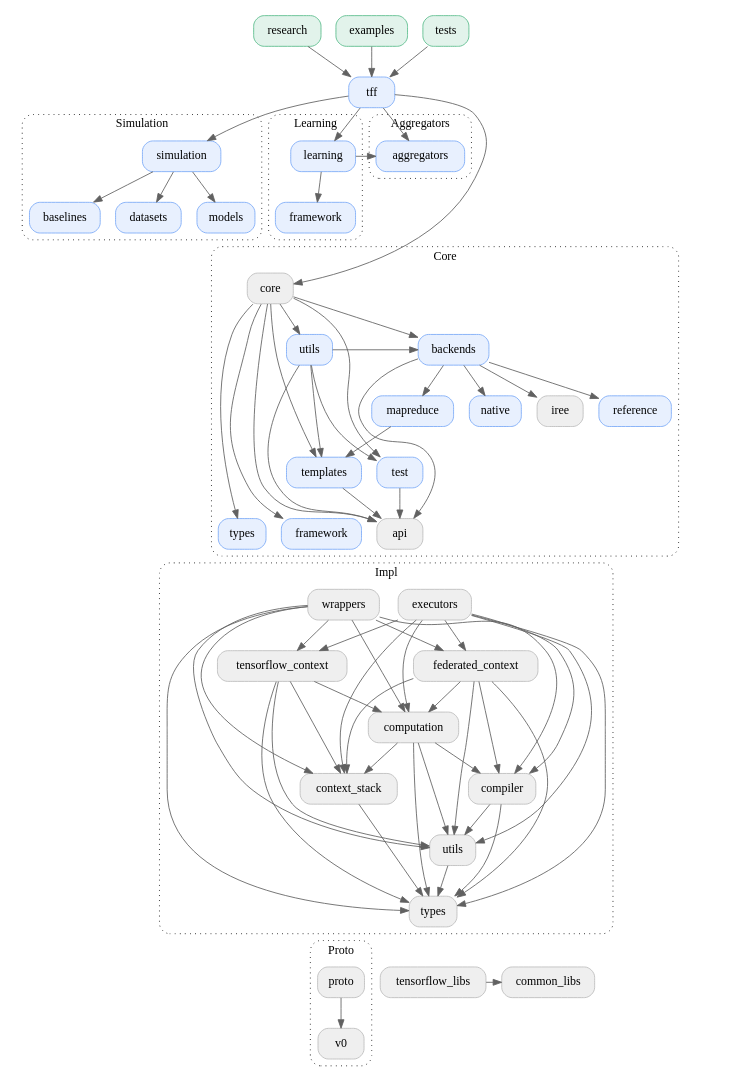
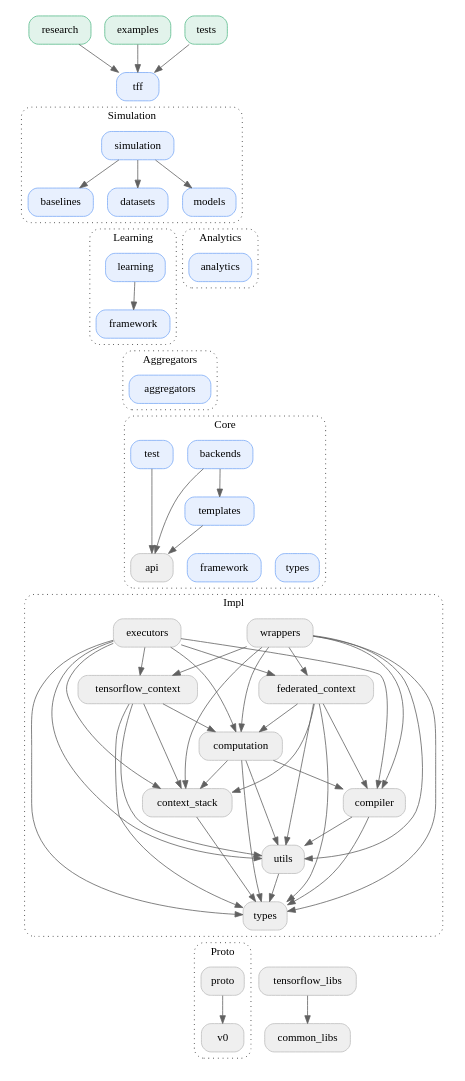
The diagram in docs/design/package_structure.dot (google-parfait/tensorflow-federated), drawn with Graphviz before and after one commit. The commit also changed 10 other files, not shown here.

```diff
--- a/docs/design/package_structure.dot
+++ b/docs/design/package_structure.dot
@@ -1,192 +1,165 @@
 digraph {
   graph [style="dotted,rounded", size="9 100"]
   node [shape="box", style="rounded,filled", fillcolor="#efefef", color="#bdbdbd"]
   edge [color="#616161"]
   newrank=true
 
   // Using TFF
   research -> tff
   examples -> tff
   tests -> tff
 
   research [href="#research" target="_parent", fillcolor="#E2F3EB", color="#57BB8A"]
   examples [href="#examples" target="_parent", fillcolor="#E2F3EB", color="#57BB8A"]
   tests [href="#tests" target="_parent", fillcolor="#E2F3EB", color="#57BB8A"]
 
   // TFF
-  tff -> simulation
-  tff -> learning
-  tff -> aggregators
-  tff -> core
+  tff -> simulation [arrowhead="none", style="invisible"]
 
   tff [href="#tff" target="_parent", fillcolor="#E8F0FE", color="#7BAAF7"]
 
   // TFF Simulation
   simulation -> simulation_baselines
   simulation -> simulation_datasets
   simulation -> simulation_models
-  simulation_baselines -> core [arrowhead="none", style="invisible"]
-  simulation_datasets -> core [arrowhead="none", style="invisible"]
-  simulation_models -> core [arrowhead="none", style="invisible"]
+  simulation_datasets -> learning [arrowhead="none", style="invisible"]
+  simulation_datasets -> analytics [arrowhead="none", style="invisible"]
 
   subgraph cluster_simulation {
     graph [label="Simulation", href="#tff-simulation" target="_parent"]
     simulation [href="#tff-simulation" target="_parent", fillcolor="#E8F0FE", color="#7BAAF7"]
     simulation_baselines [label="baselines", href="#tff-simulation" target="_parent", fillcolor="#E8F0FE", color="#7BAAF7"]
     simulation_datasets [label="datasets", href="#tff-simulation" target="_parent", fillcolor="#E8F0FE", color="#7BAAF7"]
     simulation_models [label="models", href="#tff-simulation" target="_parent", fillcolor="#E8F0FE", color="#7BAAF7"]
   }
 
   // TFF Learning
   learning -> learning_framework
-  learning_framework -> core [arrowhead="none", style="invisible"]
+  learning_framework -> aggregators [arrowhead="none", style="invisible"]
 
   subgraph cluster_learning {
     graph [label="Learning", href="#tff-learning" target="_parent"]
     learning [href="#tff-learning" target="_parent", fillcolor="#E8F0FE", color="#7BAAF7"]
     learning_framework [label="framework", href="#tff-learning" target="_parent", fillcolor="#E8F0FE", color="#7BAAF7"]
   }
 
+  // TFF Analytics
+  analytics -> aggregators [arrowhead="none", style="invisible"]
+
+  subgraph cluster_analytics {
+    graph [label="Analytics", href="#tff-analytics" target="_parent"]
+    analytics [href="#tff-analytics" target="_parent", fillcolor="#E8F0FE", color="#7BAAF7"]
+  }
+
   // TFF Aggregators
-  learning -> aggregators
-  aggregators -> core [arrowhead="none", style="invisible"]
+  aggregators -> core_backends [arrowhead="none", style="invisible"]
+  aggregators -> core_test [arrowhead="none", style="invisible"]
 
   subgraph cluster_aggregators {
     graph [label="Aggregators", href="#tff-aggregators" target="_parent"]
     aggregators [href="#tff-learning" target="_parent", fillcolor="#E8F0FE", color="#7BAAF7"]
   }
 
   // TFF Core
-  core -> core_utils
-  core -> core_backends
-  core -> core_templates
-  core -> core_test
-  core -> core_api
-  core -> core_framework
-  core -> core_types
-  core_utils -> core_backends
-  core_utils -> core_templates
-  core_utils -> core_test
-  core_utils -> core_api
-  core_utils -> impl [arrowhead="none", style="invisible"]
-  core_backends -> core_backends_native
-  core_backends -> core_backends_mapreduce
-  core_backends -> core_backends_iree
-  core_backends -> core_backends_reference
   core_backends -> core_api
-  core_backends -> impl [arrowhead="none", style="invisible"]
-  core_backends_native -> impl [arrowhead="none", style="invisible"]
-  core_backends_mapreduce -> core_templates
-  core_backends_mapreduce -> impl [arrowhead="none", style="invisible"]
-  core_backends_iree -> impl [arrowhead="none", style="invisible"]
-  core_backends_reference -> impl [arrowhead="none", style="invisible"]
+  core_backends -> core_templates
   core_templates -> core_api
-  core_templates -> impl [arrowhead="none", style="invisible"]
   core_test -> core_api
-  core_test -> impl [arrowhead="none", style="invisible"]
-  core_framework -> impl [arrowhead="none", style="invisible"]
-  core_types -> impl [arrowhead="none", style="invisible"]
+  core_api -> core_framework [arrowhead="none", style="invisible"]
+  core_framework -> core_types [arrowhead="none", style="invisible"]
 
   subgraph cluster_core {
     graph [label="Core", href="#tff-core" target="_parent"]
-    core [href="#tff-core" target="_parent"]
-    core_utils [label="utils", href="#tff-core" target="_parent", fillcolor="#E8F0FE", color="#7BAAF7"]
     core_backends [label="backends", href="#tff-core" target="_parent", fillcolor="#E8F0FE", color="#7BAAF7"]
-    core_backends_native [label="native", href="#tff-core" target="_parent", fillcolor="#E8F0FE", color="#7BAAF7"]
-    core_backends_mapreduce [label="mapreduce", href="#tff-core" target="_parent", fillcolor="#E8F0FE", color="#7BAAF7"]
-    core_backends_iree [label="iree", href="#tff-core" target="_parent"]
-    core_backends_reference [label="reference", href="#tff-core" target="_parent", fillcolor="#E8F0FE", color="#7BAAF7"]
     core_templates [label="templates", href="#tff-core" target="_parent", fillcolor="#E8F0FE", color="#7BAAF7"]
     core_test [label="test", href="#tff-core" target="_parent", fillcolor="#E8F0FE", color="#7BAAF7"]
     core_api [label="api", href="#tff-core" target="_parent"]
     core_framework [label="framework", href="#tff-core" target="_parent", fillcolor="#E8F0FE", color="#7BAAF7"]
     core_types [label="types", href="#tff-types" target="_parent", fillcolor="#E8F0FE", color="#7BAAF7"]
   }
 
   core_api -> impl_wrappers [arrowhead="none", style="invisible"]
   core_api -> impl_executors [arrowhead="none", style="invisible"]
 
   // TFF Impl
   impl_wrappers -> impl_tensorflow_context
   impl_wrappers -> impl_federated_context
   impl_wrappers -> impl_computation
   impl_wrappers -> impl_compiler
   impl_wrappers -> impl_utils
   impl_wrappers -> impl_context_stack
   impl_wrappers -> impl_types
   impl_executors -> impl_tensorflow_context
   impl_executors -> impl_federated_context
   impl_executors -> impl_computation
   impl_executors -> impl_compiler
   impl_executors -> impl_utils
   impl_executors -> impl_context_stack
   impl_executors -> impl_types
   impl_tensorflow_context -> impl_computation
   impl_tensorflow_context -> impl_utils
   impl_tensorflow_context -> impl_context_stack
   impl_tensorflow_context -> impl_types
   impl_federated_context -> impl_computation
   impl_federated_context -> impl_compiler
   impl_federated_context -> impl_utils
   impl_federated_context -> impl_context_stack
   impl_federated_context -> impl_types
   impl_computation -> impl_compiler
   impl_computation -> impl_utils
   impl_computation -> impl_context_stack
   impl_computation -> impl_types
   impl_compiler -> impl_types
   impl_compiler -> impl_utils
   impl_context_stack -> impl_types
   impl_utils -> impl_types
   impl_types -> proto [arrowhead="none", style="invisible"]
   impl_types -> tensorflow_libs [arrowhead="none", style="invisible"]
-  impl_types -> common_libs [arrowhead="none", style="invisible"]
 
   subgraph cluster_impl {
     graph [label="Impl", href="#tff-impl" target="_parent"]
-    impl [href="#tff-impl" target="_parent", style="invisible"]
     impl_wrappers [label="wrappers", href="#tff-impl" target="_parent"]
     impl_executors [label="executors", href="#tff-impl" target="_parent"]
     impl_tensorflow_context [label="tensorflow_context", href="#tff-impl" target="_parent"]
     impl_federated_context [label="federated_context", href="#tff-impl" target="_parent"]
     impl_computation [label="computation", href="#tff-impl" target="_parent"]
     impl_compiler [label="compiler", href="#tff-impl" target="_parent"]
     impl_context_stack [label="context_stack", href="#tff-impl" target="_parent"]
     impl_utils [label="utils", href="#tff-impl" target="_parent"]
     impl_types [label="types", href="#tff-impl" target="_parent"]
   }
 
   // TFF Proto
   proto -> proto_v0
 
   subgraph cluster_proto {
     graph [label="Proto", href="#tff-proto" target="_parent"]
     proto [href="#tff-proto" target="_parent"]
     proto_v0 [label="v0" href="#tff-proto" target="_parent"]
   }
 
   // Other
   tensorflow_libs [href="#tff-tensorflow-libs" target="_parent"]
   common_libs [href="#tff-common-libs" target="_parent"]
   tensorflow_libs -> common_libs
 
   // Layout
   {rank=same; examples, tests, research}
   {rank=same; tff}
-  {rank=same; simulation, learning, aggregators}
-  {rank=same; learning_framework, simulation_baselines, simulation_datasets, simulation_models}
-  {rank=same; core}
-  {rank=same; core_utils, core_backends}
-  {rank=same; core_backends_native, core_backends_mapreduce, core_backends_iree, core_backends_reference}
+  {rank=same; simulation}
+  {rank=same; simulation_baselines, simulation_datasets, simulation_models}
+  {rank=same; learning, analytics}
+  {rank=same; learning_framework}
+  {rank=same; aggregators}
+  {rank=same; core_backends, core_test}
   {rank=same; core_templates}
-  {rank=same; core_test}
   {rank=same; core_api, core_framework, core_types}
-  {rank=same; impl}
   {rank=same; impl_executors, impl_wrappers}
   {rank=same; impl_tensorflow_context, impl_federated_context}
   {rank=same; impl_computation}
   {rank=same; impl_compiler, impl_context_stack}
   {rank=same; impl_utils}
   {rank=same; impl_types}
-  {rank=same; proto, tensorflow_libs, common_libs}
+  {rank=same; proto, tensorflow_libs}
+  {rank=same; common_libs}
 }
```
